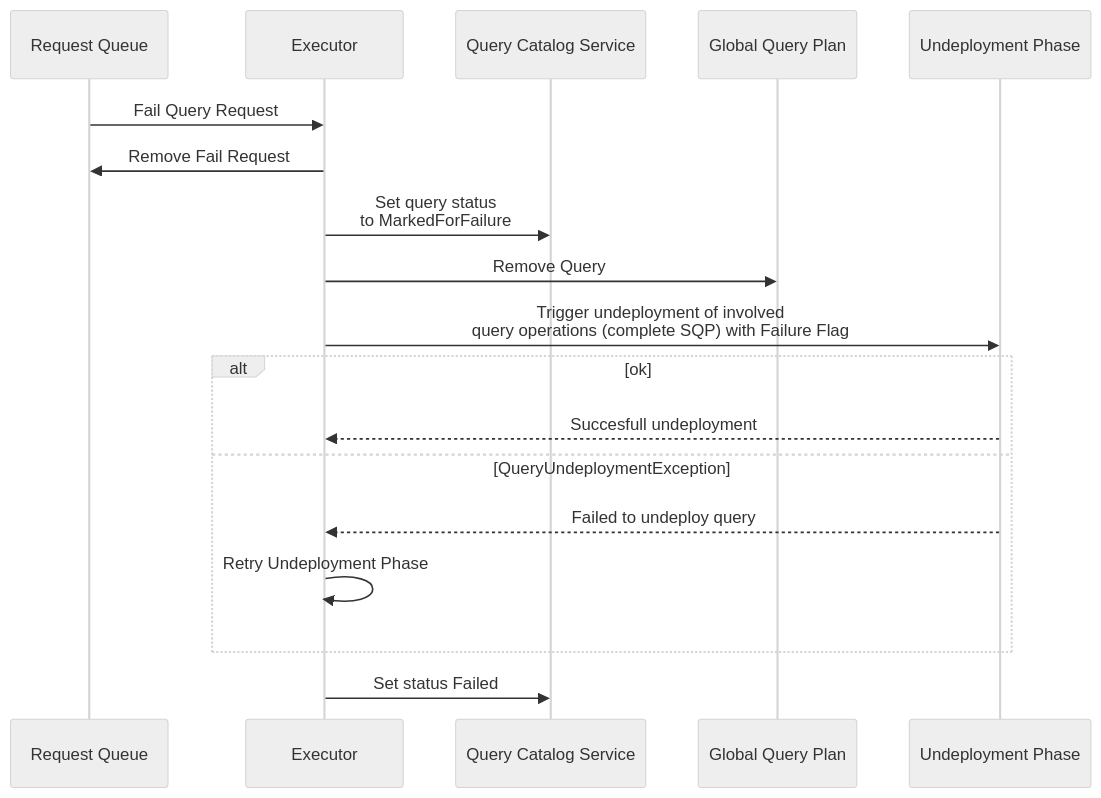
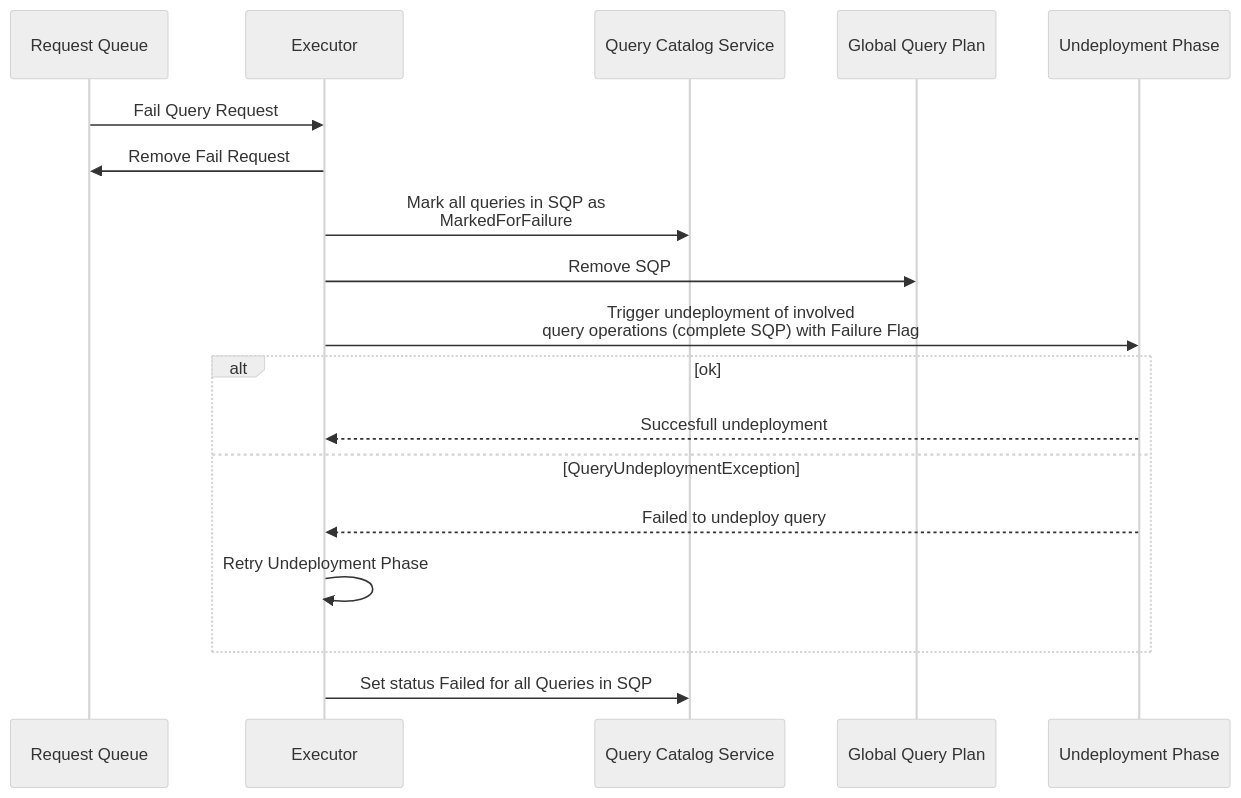
Before and after one commit to nebulastream/nebulastream: the second of 6 diagrams in nes-core/src/Services/GlobalQueryPlanRequests.md, drawn with Mermaid (neutral theme). The commit also changed other lines of this file, not shown here.

Commit message:
changes to diagram

````diff
--- a/nes-core/src/Services/GlobalQueryPlanRequests.md
+++ b/nes-core/src/Services/GlobalQueryPlanRequests.md
@@ -49,16 +49,16 @@
 ```mermaid
 sequenceDiagram
 
     Request Queue ->> Executor: Fail Query Request
     Executor ->> Request Queue: Remove Fail Request
-    Executor ->> Query Catalog Service: Set query status <br> to MarkedForFailure
-    Executor ->> Global Query Plan: Remove Query
+    Executor ->> Query Catalog Service: Mark all queries in SQP as <br> MarkedForFailure
+    Executor ->> Global Query Plan: Remove SQP
     Executor ->> Undeployment Phase: Trigger undeployment of involved <br> query operations (complete SQP) with Failure Flag
     alt ok
         Undeployment Phase -->> Executor: Succesfull undeployment
     else QueryUndeploymentException
         Undeployment Phase -->> Executor: Failed to undeploy query
         Executor ->> Executor: Retry Undeployment Phase
     end
-    Executor ->> Query Catalog Service: Set status Failed
+    Executor ->> Query Catalog Service: Set status Failed for all Queries in SQP
 ```
````
